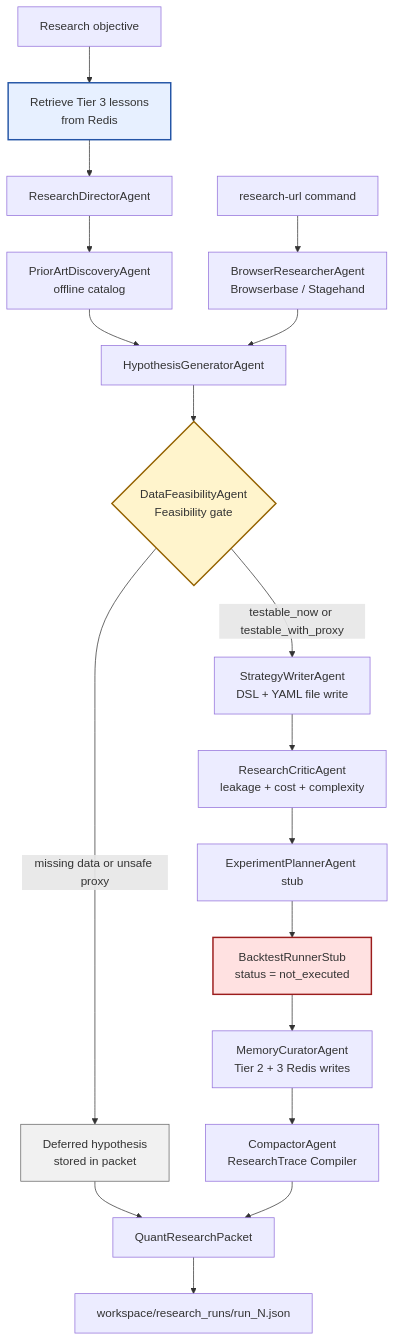
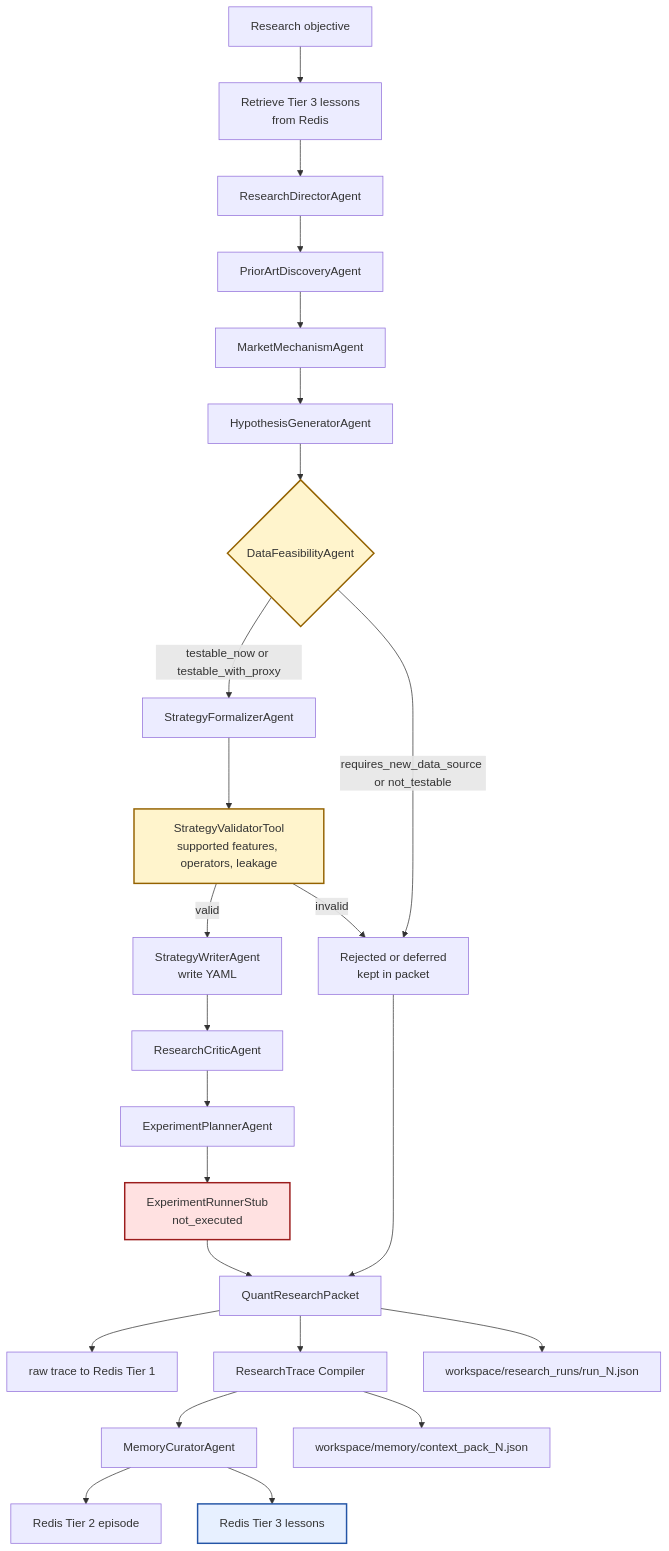
The second of 4 diagrams in docs/system_design_diagram.md (Ayush-Agarwal07/quant-code), drawn with Mermaid before and after one commit. The commit also changed other lines of this file and 79 other files, not shown here.

````diff
--- a/docs/system_design_diagram.md
+++ b/docs/system_design_diagram.md
@@ -48,28 +60,34 @@
 ```mermaid
 flowchart TD
-    R["Research objective"] --> PRE["Retrieve Tier 3 lessons\nfrom Redis"]
-    PRE --> A1["ResearchDirectorAgent"]
-    A1 --> A2["PriorArtDiscoveryAgent\noffline catalog"]
-    A2 --> A3["HypothesisGeneratorAgent"]
-    A3 --> A4{"DataFeasibilityAgent\nFeasibility gate"}
+    O["Research objective"] --> R0["Retrieve Tier 3 lessons\nfrom Redis"]
+    R0 --> A1["ResearchDirectorAgent"]
+    A1 --> A2["PriorArtDiscoveryAgent"]
+    A2 --> A3["MarketMechanismAgent"]
+    A3 --> A4["HypothesisGeneratorAgent"]
+    A4 --> A5{"DataFeasibilityAgent"}
 
-    URL["research-url command"] --> BB["BrowserResearcherAgent\nBrowserbase / Stagehand"]
-    BB --> A3
+    A5 -->|testable_now or testable_with_proxy| A6["StrategyFormalizerAgent"]
+    A5 -->|requires_new_data_source or not_testable| X["Rejected or deferred\nkept in packet"]
 
-    A4 -->|testable_now or testable_with_proxy| A5["StrategyWriterAgent\nDSL + YAML file write"]
-    A4 -->|missing data or unsafe proxy| A6["Deferred hypothesis\nstored in packet"]
+    A6 --> VT["StrategyValidatorTool\nsupported features, operators, leakage"]
+    VT -->|valid| SW["StrategyWriterAgent\nwrite YAML"]
+    VT -->|invalid| X
+    SW --> A7["ResearchCriticAgent"]
+    A7 --> A8["ExperimentPlannerAgent"]
+    A8 --> A9["ExperimentRunnerStub\nnot_executed"]
+    A9 --> P["QuantResearchPacket"]
+    X --> P
 
-    A5 --> A7["ResearchCriticAgent\nleakage + cost + complexity"]
-    A7 --> A8["ExperimentPlannerAgent stub"]
-    A8 --> A9["BacktestRunnerStub\nstatus = not_executed"]
-    A9 --> A10["MemoryCuratorAgent\nTier 2 + 3 Redis writes"]
-    A10 --> A11["CompactorAgent\nResearchTrace Compiler"]
-    A6 --> A12["QuantResearchPacket"]
-    A11 --> A12
-    A12 --> A13["workspace/research_runs/run_N.json"]
+    P --> RT["raw trace to Redis Tier 1"]
+    P --> RC["ResearchTrace Compiler"]
+    RC --> MC["MemoryCuratorAgent"]
+    MC --> R2["Redis Tier 2 episode"]
+    MC --> R3["Redis Tier 3 lessons"]
+    RC --> CP["workspace/memory/context_pack_N.json"]
+    P --> RUN["workspace/research_runs/run_N.json"]
 
-    style A4 fill:#fff4cc,stroke:#946200,stroke-width:2px
-    style A6 fill:#f1f1f1,stroke:#666666,stroke-width:1px
+    style A5 fill:#fff4cc,stroke:#946200,stroke-width:2px
+    style VT fill:#fff4cc,stroke:#946200,stroke-width:2px
     style A9 fill:#ffe1e1,stroke:#9b1c1c,stroke-width:2px
-    style PRE fill:#e7f0ff,stroke:#2455a6,stroke-width:2px
+    style R3 fill:#e7f0ff,stroke:#2455a6,stroke-width:2px
 ```
````
